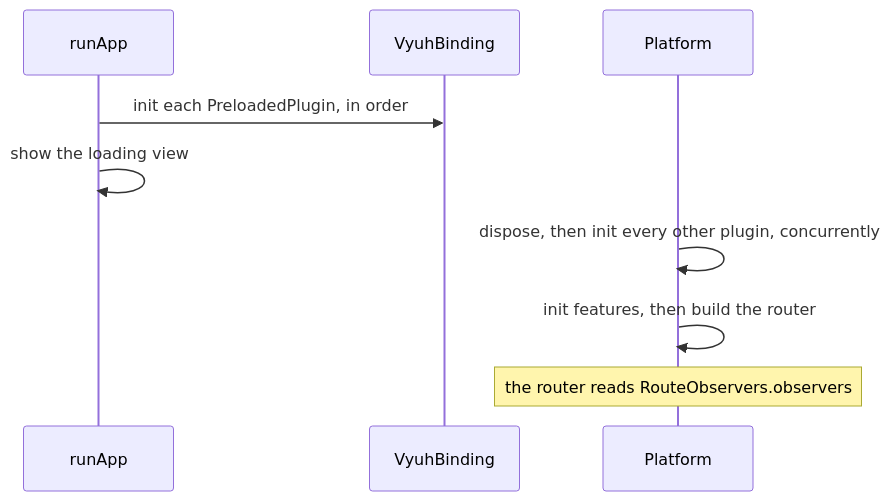
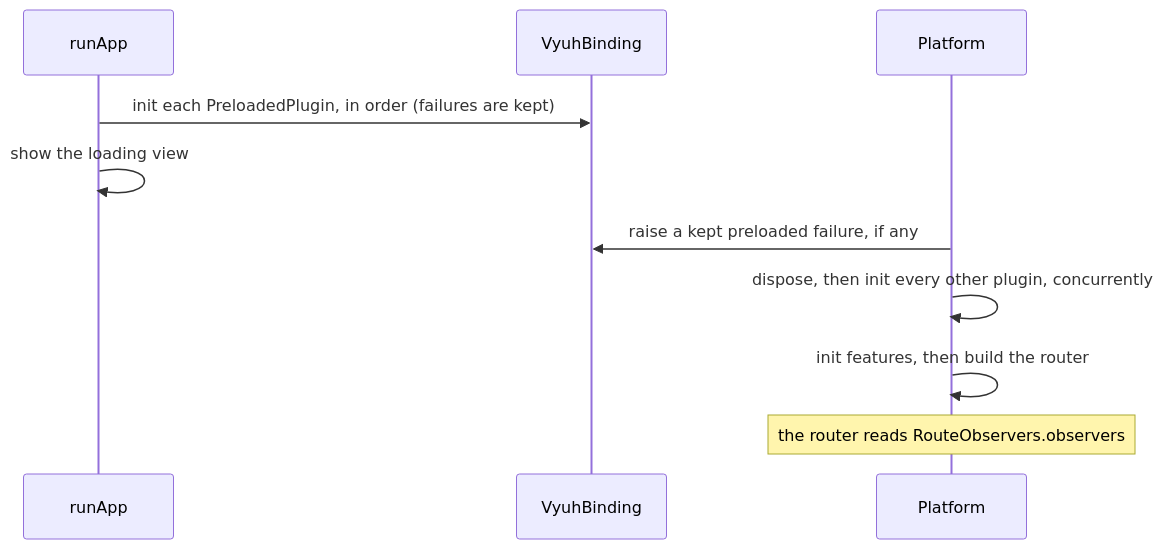
Before and after one commit to vyuh-tech/vyuh: the third of 3 diagrams in docs/plugins/custom-plugins.md, drawn with Mermaid. The commit also changed other lines of this file and 26 other files, not shown here.

````diff
--- a/docs/plugins/custom-plugins.md
+++ b/docs/plugins/custom-plugins.md
@@ -286,11 +290,12 @@
 ```mermaid
 sequenceDiagram
   participant App as runApp
   participant B as VyuhBinding
   participant P as Platform
-  App->>B: init each PreloadedPlugin, in order
+  App->>B: init each PreloadedPlugin, in order (failures are kept)
   App->>App: show the loading view
+  P->>B: raise a kept preloaded failure, if any
   P->>P: dispose, then init every other plugin, concurrently
   P->>P: init features, then build the router
   Note over P: the router reads RouteObservers.observers
 ```
````
